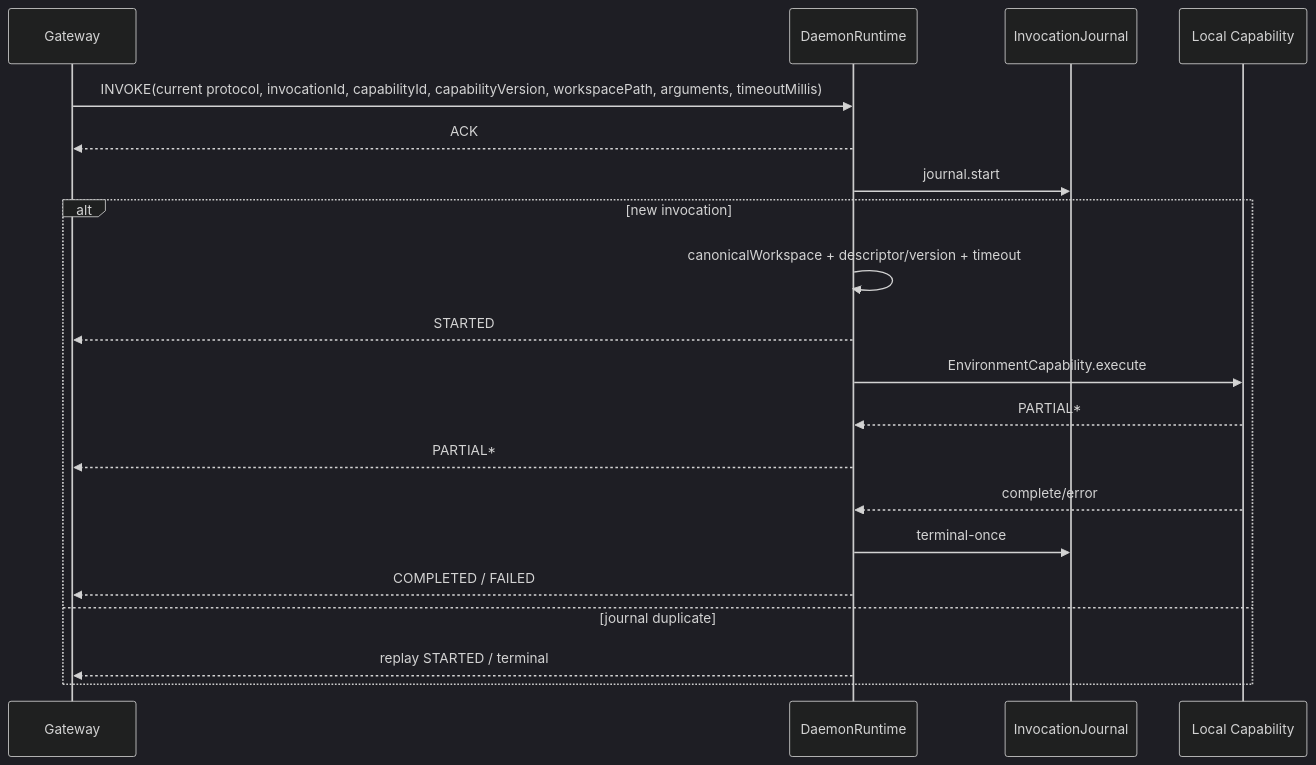
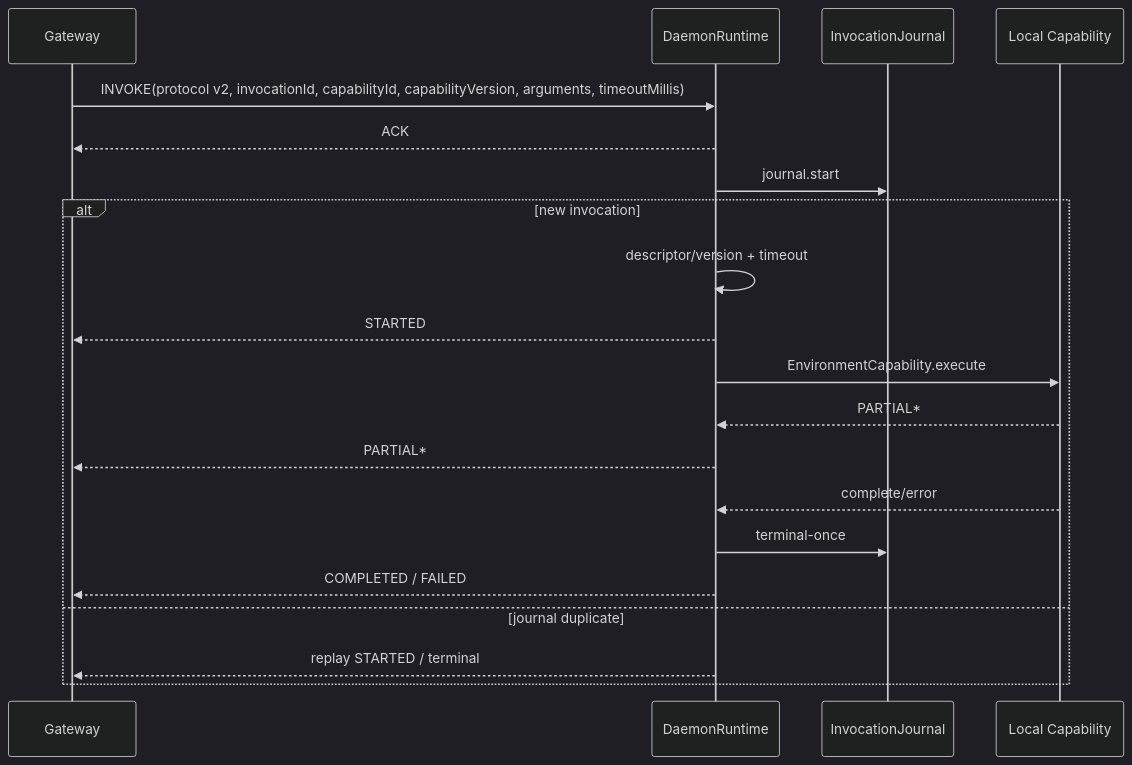
The diagram in docs/modules/harness-daemon.md (fengwk/kk-studio), drawn with Mermaid (dark theme) before and after one commit. The commit also changed other lines of this file and 331 other files, not shown here.

````diff
--- a/docs/modules/harness-daemon.md
+++ b/docs/modules/harness-daemon.md
@@ -167,22 +164,22 @@
 ```mermaid
 sequenceDiagram
   participant G as Gateway
   participant D as DaemonRuntime
   participant J as InvocationJournal
   participant C as Local Capability
-  G->>D: INVOKE(current protocol, invocationId, capabilityId, capabilityVersion, workspacePath, arguments, timeoutMillis)
+  G->>D: INVOKE(protocol v2, invocationId, capabilityId, capabilityVersion, arguments, timeoutMillis)
   D-->>G: ACK
   D->>J: journal.start
   alt new invocation
-    D->>D: canonicalWorkspace + descriptor/version + timeout
+    D->>D: descriptor/version + timeout
     D-->>G: STARTED
     D->>C: EnvironmentCapability.execute
     C-->>D: PARTIAL*
     D-->>G: PARTIAL*
     C-->>D: complete/error
     D->>J: terminal-once
     D-->>G: COMPLETED / FAILED
   else journal duplicate
     D-->>G: replay STARTED / terminal
   end
 ```
````
